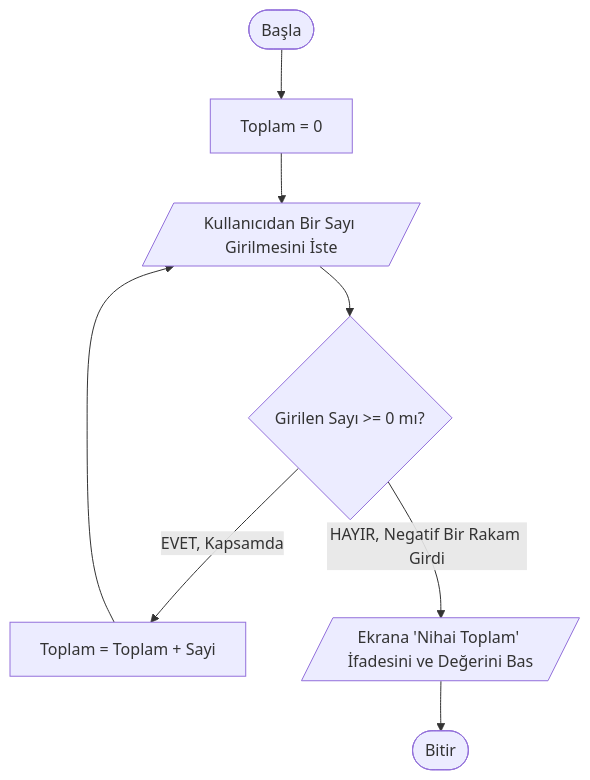
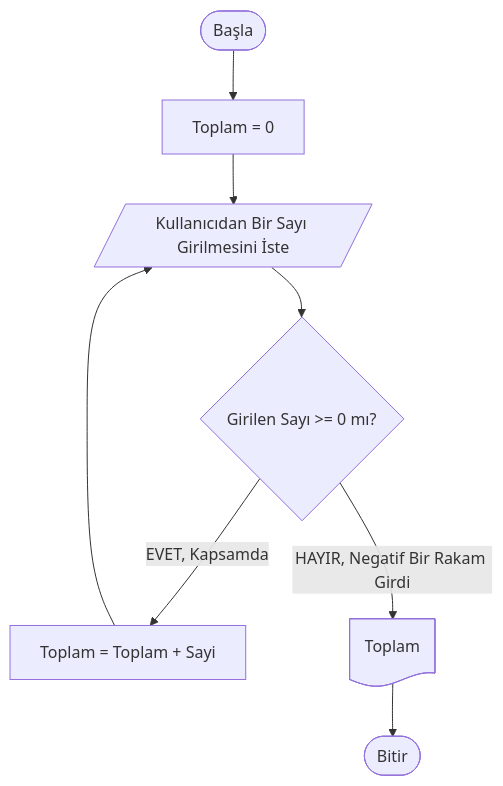
Before and after one commit to ibrahimayaz/Algoritma-ve-Programlamaya-Giris: the third of 3 diagrams in Hafta_05_Akis_Diyagramlari_2.md, drawn with Mermaid. The commit also changed other lines of this file and 3 other files, not shown here.

````diff
--- a/Hafta_05_Akis_Diyagramlari_2.md
+++ b/Hafta_05_Akis_Diyagramlari_2.md
@@ -100,14 +100,14 @@
 ```mermaid
 graph TD
     A([Başla]) --> B[Toplam = 0]
     
     B --> C[/Kullanıcıdan Bir Sayı Girilmesini İste/]
     
     C --> D{Girilen Sayı >= 0 mı?}
     
     D -- EVET, Kapsamda --> E[Toplam = Toplam + Sayi]
     E --> C
     
-    D -- HAYIR, Negatif Bir Rakam Girdi --> F[/Ekrana 'Nihai Toplam' İfadesini ve Değerini Bas/]
+    D -- HAYIR, Negatif Bir Rakam Girdi --> F@{ shape: doc, label: "Toplam" }
     F --> G([Bitir])
 ```
````
